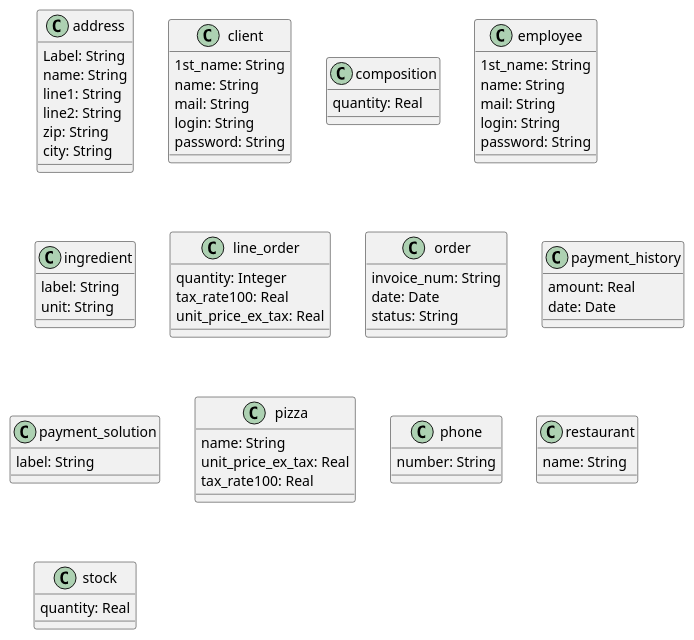
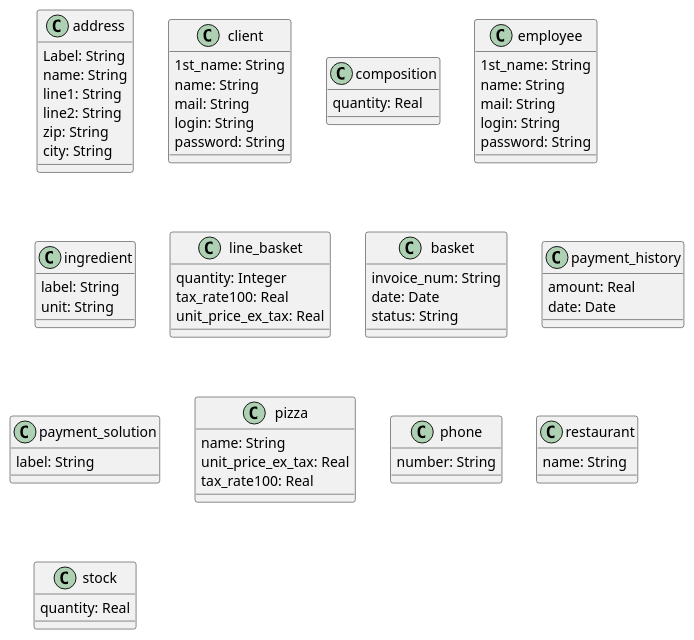
The diagram in src-puml/attributes.iuml (freezed/ocp6), drawn with PlantUML before and after one commit.

Commit message:
Changes SQL-reserved word order by basket bis

```diff
--- a/src-puml/attributes.iuml
+++ b/src-puml/attributes.iuml
@@ -1,61 +1,61 @@
 /' = = = = = = = ATTRIBUTE = = = = = = = '/
 class address {
     Label: String
     name: String
     line1: String
     line2: String
     zip: String
     city: String
 }
 class client {
     1st_name: String
     name: String
     mail: String
     login: String
     password: String
 }
 class composition {
     quantity: Real
 }
 class employee {
     1st_name: String
     name: String
     mail: String
     login: String
     password: String
 }
 class ingredient {
     label: String
     unit: String
 }
-class line_order {
+class line_basket {
     quantity: Integer
     tax_rate100: Real
     unit_price_ex_tax: Real
 }
-class order {
+class basket {
     invoice_num: String
     date: Date
     status: String
 }
 class payment_history {
     amount: Real
     date: Date
 }
 class payment_solution {
     label: String
 }
 class pizza {
     name: String
     unit_price_ex_tax: Real
     tax_rate100: Real
 }
 class phone {
     number: String
 }
 class restaurant {
     name: String
 }
 class stock {
     quantity: Real
 }
```
